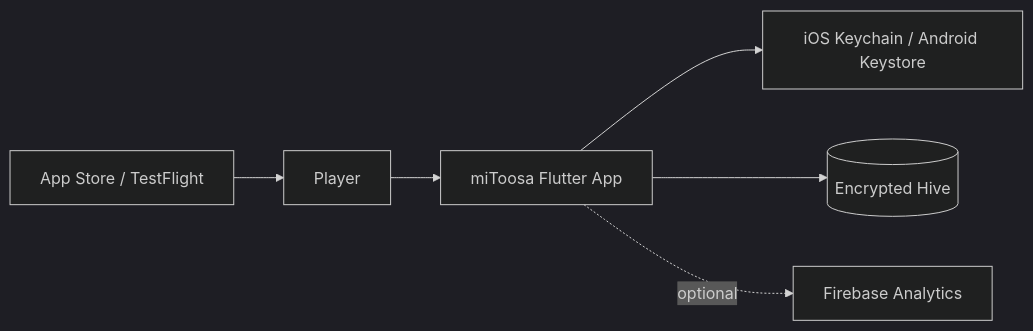
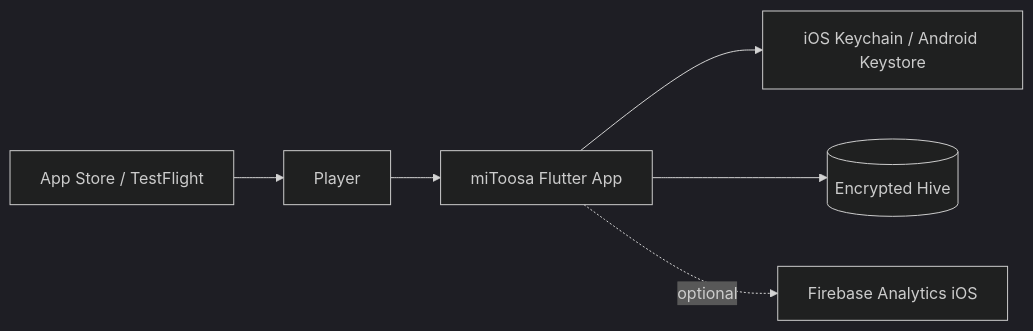
Before and after one commit to sky2464/miToosa: the diagram in docs/Master-Architecture.md, drawn with Mermaid (dark theme). The commit also changed other lines of this file and 25 other files, not shown here.

First line of the commit message:
chore(agtoosa): refresh init architecture and add project specialists

````diff
--- a/docs/Master-Architecture.md
+++ b/docs/Master-Architecture.md
@@ -10,15 +10,15 @@
 ```mermaid
 flowchart LR
   Player[Player]
   App[miToosa Flutter App]
   Keychain[iOS Keychain / Android Keystore]
   Hive[(Encrypted Hive)]
-  Firebase[Firebase Analytics]
+  Firebase[Firebase Analytics iOS]
   AppStore[App Store / TestFlight]
 
   Player --> App
   App --> Keychain
   App --> Hive
   App -. optional .-> Firebase
   AppStore --> Player
 ```
````
